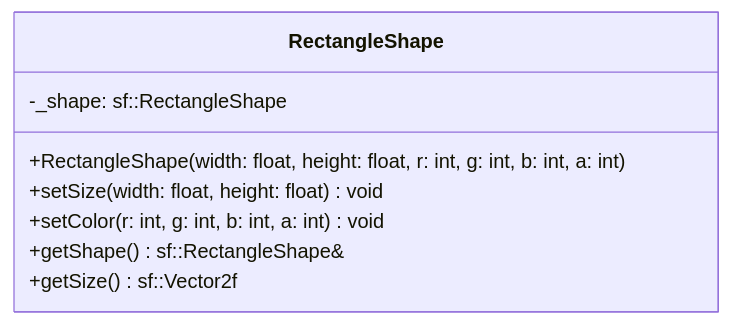
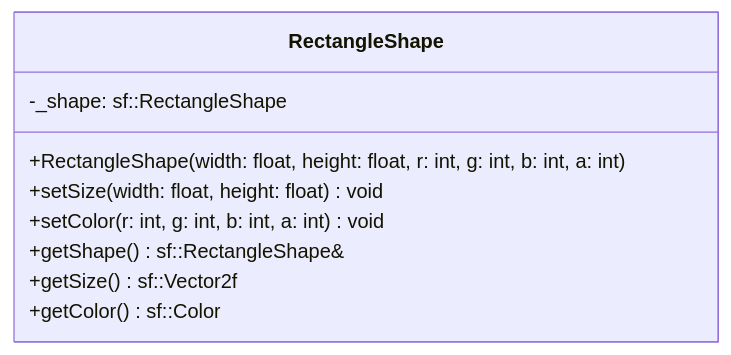
Before and after one commit to MYAMBO/R-Type: the diagram in docs/ECS/component/RectangleShape.md, drawn with Mermaid. The commit also changed other lines of this file and 2 other files, not shown here.

Commit message:
feat(component/docs): update rectangleshape with new method

````diff
--- a/docs/ECS/component/RectangleShape.md
+++ b/docs/ECS/component/RectangleShape.md
@@ -39,11 +40,12 @@
 ```mermaid
 classDiagram
   class RectangleShape {
     -_shape: sf::RectangleShape
     +RectangleShape(width: float, height: float, r: int, g: int, b: int, a: int)
     +setSize(width: float, height: float) void
     +setColor(r: int, g: int, b: int, a: int) void
     +getShape() sf::RectangleShape&
     +getSize() sf::Vector2f
+    +getColor() sf::Color
   }
 ```
````
